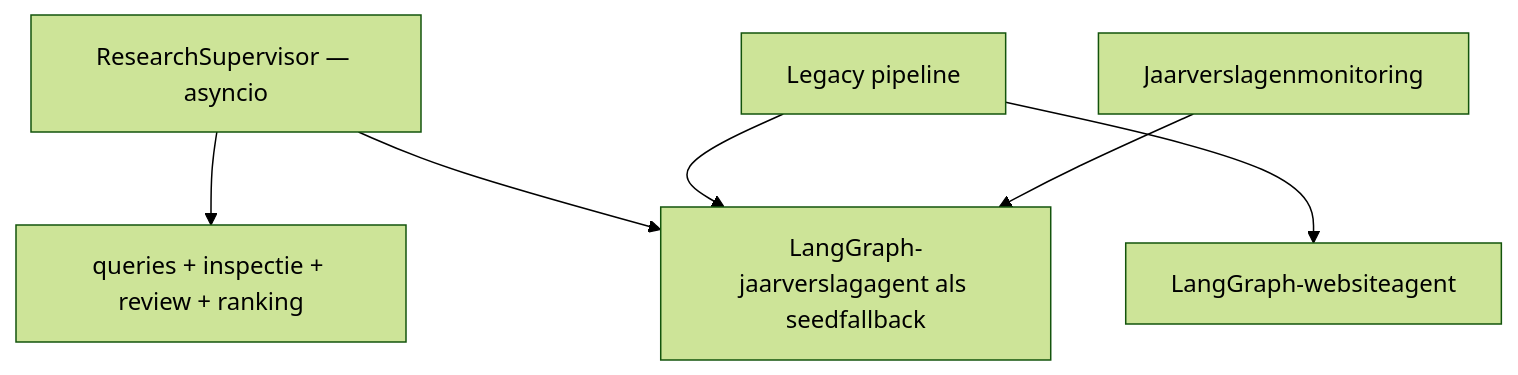
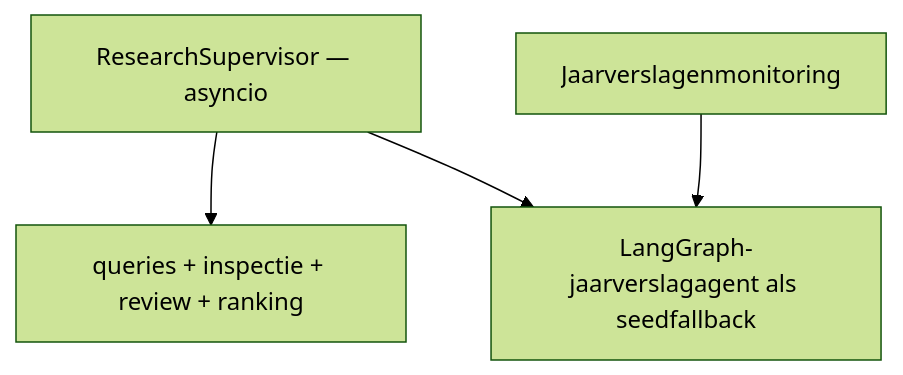
The eighth of 10 diagrams in README.md (arryaetil/KYC4etil), drawn with Mermaid (forest theme) before and after one commit. The commit also changed other lines of this file, not shown here.

Commit message:
docs: focus README on active research flow

````diff
--- a/README.md
+++ b/README.md
@@ -343,9 +336,6 @@
 ```mermaid
 flowchart TB
     RS["ResearchSupervisor — asyncio"] --> Q["queries + inspectie + review + ranking"]
     RS --> J["LangGraph-jaarverslagagent als seedfallback"]
-
-    LP["Legacy pipeline"] --> W["LangGraph-websiteagent"]
-    LP --> J
     MON["Jaarverslagenmonitoring"] --> J
 ```
````
